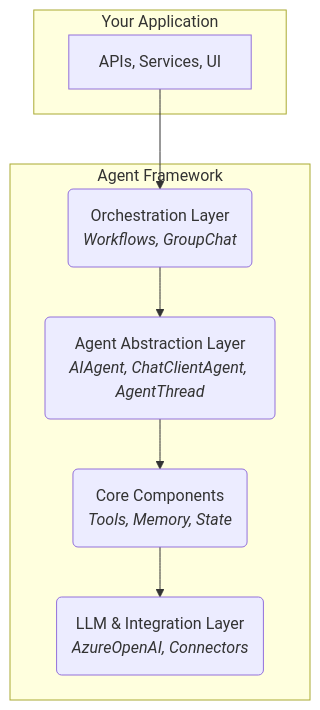
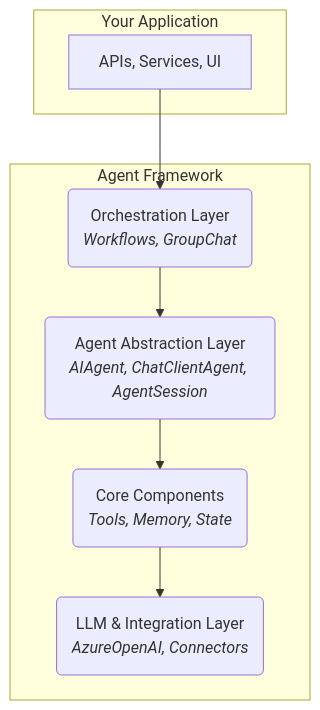
Before and after one commit to CodeHalwell/AgentGuides: the first of 10 diagrams in src/content/docs/microsoft-agent-framework-guide/dotnet/microsoft_agent_framework_dotnet_diagrams.md, drawn with Mermaid. The commit also changed other lines of this file and 49 other files, not shown here.

````diff
--- a/src/content/docs/microsoft-agent-framework-guide/dotnet/microsoft_agent_framework_dotnet_diagrams.md
+++ b/src/content/docs/microsoft-agent-framework-guide/dotnet/microsoft_agent_framework_dotnet_diagrams.md
@@ -18,18 +20,18 @@
 ```mermaid
 graph TD
     subgraph Your Application
         A[APIs, Services, UI]
     end
 
     subgraph Agent Framework
         B(Orchestration Layer<br/><i>Workflows, GroupChat</i>)
-        C(Agent Abstraction Layer<br/><i>AIAgent, ChatClientAgent, AgentThread</i>)
+        C(Agent Abstraction Layer<br/><i>AIAgent, ChatClientAgent, AgentSession</i>)
         D(Core Components<br/><i>Tools, Memory, State</i>)
         E(LLM & Integration Layer<br/><i>AzureOpenAI, Connectors</i>)
     end
 
     A --> B
     B --> C
     C --> D
     D --> E
 ```
````
